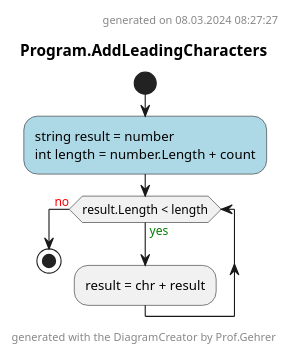
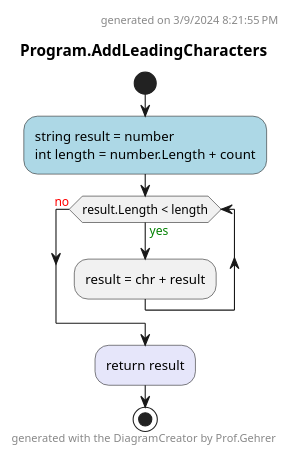
One commit to leoggehrer/2324-34_ABIF_ACIF_POSE changed the diagram in BigInteger.ConApp/Diagrams/ac_Program_AddLeadingCharacters.puml. Above: the diagram before and after it, drawn with PlantUML. The commit also changed 204 other files, not shown here.

Commit message:
Created activity diagrams.

```diff
--- a/BigInteger.ConApp/Diagrams/ac_Program_AddLeadingCharacters.puml
+++ b/BigInteger.ConApp/Diagrams/ac_Program_AddLeadingCharacters.puml
@@ -1,16 +1,17 @@
 @startuml Program.AddLeadingCharacters
 header
-generated on 08.03.2024 08:27:27
+generated on 3/9/2024 8:21:55 PM
 end header
 title Program.AddLeadingCharacters
 start
 #LightBlue:string result = number
 int length = number.Length + count;
 while (result.Length < length) is (<color:green>yes)
     :result = chr + result;
 endwhile (<color:red>no)
+#Lavender:return result;
 footer
 generated with the DiagramCreator by Prof.Gehrer
 end footer
 stop
 @enduml
```
